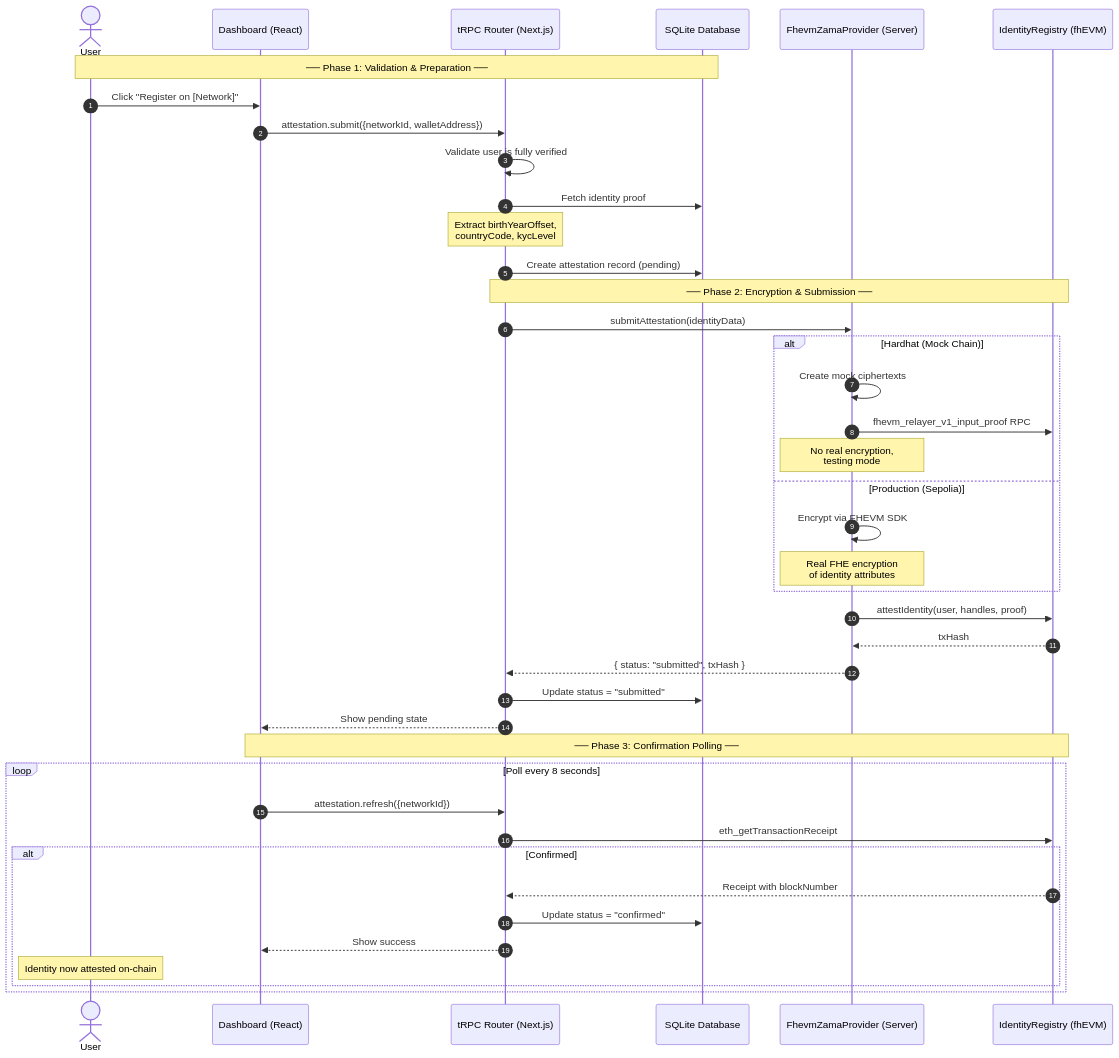
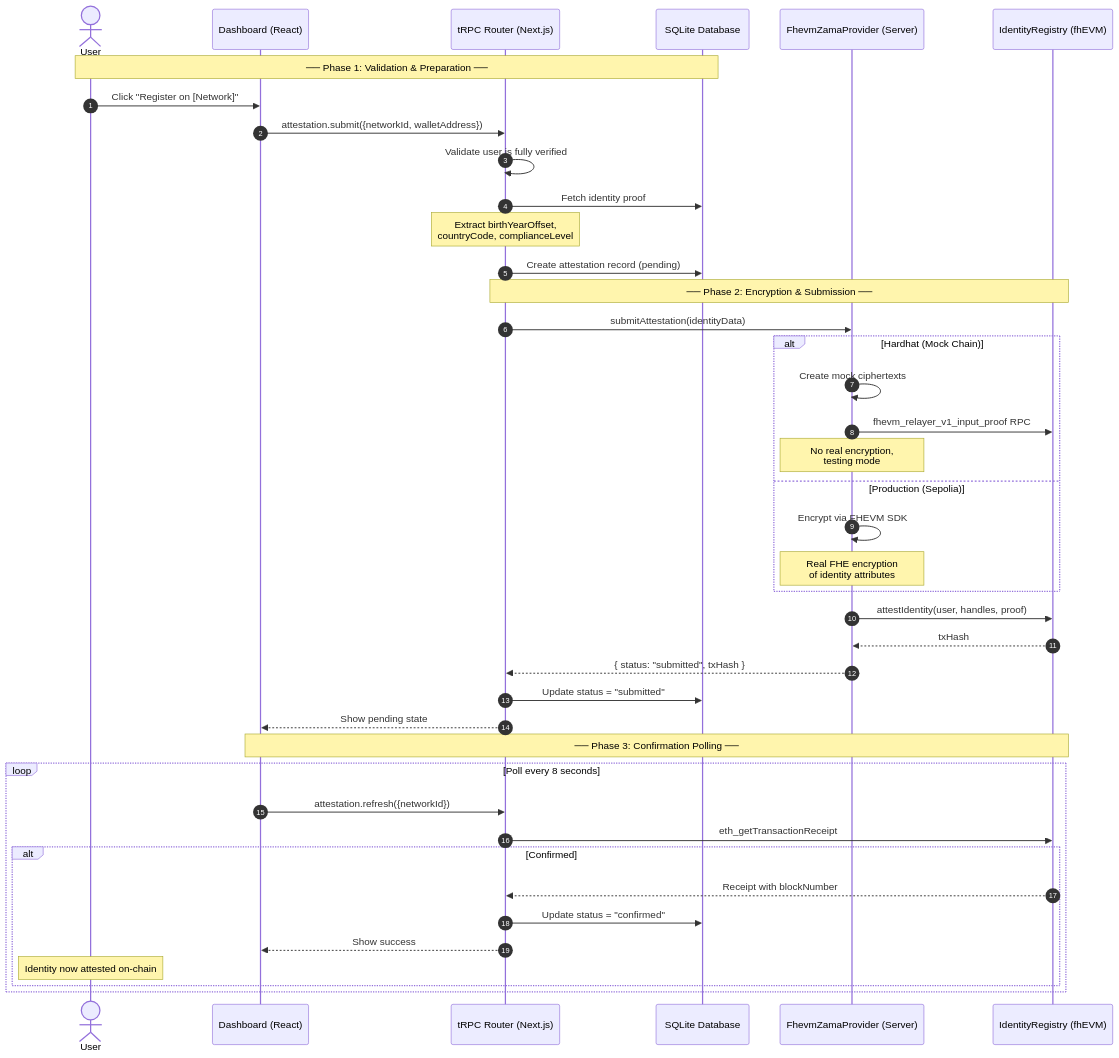
The eighth of 11 diagrams in docs/web3-architecture.md (gustavovalverde/zentity), drawn with Mermaid before and after one commit. The commit also changed other lines of this file and 63 other files, not shown here.

First line of the commit message:
feat(web): migrate identity/compliance flow; remove KYC routes

````diff
--- a/docs/web3-architecture.md
+++ b/docs/web3-architecture.md
@@ -625,48 +625,48 @@
 ```mermaid
 sequenceDiagram
     autonumber
     actor User
     participant UI as Dashboard (React)
     participant API as tRPC Router (Next.js)
     participant DB as SQLite Database
     participant P as FhevmZamaProvider (Server)
     participant BC as IdentityRegistry (fhEVM)
 
     Note over User,DB: ── Phase 1: Validation & Preparation ──
     User->>UI: Click "Register on [Network]"
     UI->>API: attestation.submit({networkId, walletAddress})
     API->>API: Validate user is fully verified
     API->>DB: Fetch identity proof
-    Note over API: Extract birthYearOffset,<br/>countryCode, kycLevel
+    Note over API: Extract birthYearOffset,<br/>countryCode, complianceLevel
     API->>DB: Create attestation record (pending)
 
     Note over API,BC: ── Phase 2: Encryption & Submission ──
     API->>P: submitAttestation(identityData)
 
     alt Hardhat (Mock Chain)
         P->>P: Create mock ciphertexts
         P->>BC: fhevm_relayer_v1_input_proof RPC
         Note over P: No real encryption,<br/>testing mode
     else Production (Sepolia)
         P->>P: Encrypt via FHEVM SDK
         Note over P: Real FHE encryption<br/>of identity attributes
     end
 
     P->>BC: attestIdentity(user, handles, proof)
     BC-->>P: txHash
     P-->>API: { status: "submitted", txHash }
     API->>DB: Update status = "submitted"
     API-->>UI: Show pending state
 
     Note over UI,BC: ── Phase 3: Confirmation Polling ──
     loop Poll every 8 seconds
         UI->>API: attestation.refresh({networkId})
         API->>BC: eth_getTransactionReceipt
         alt Confirmed
             BC-->>API: Receipt with blockNumber
             API->>DB: Update status = "confirmed"
             API-->>UI: Show success
             Note over User: Identity now attested on-chain
         end
     end
 ```
````
